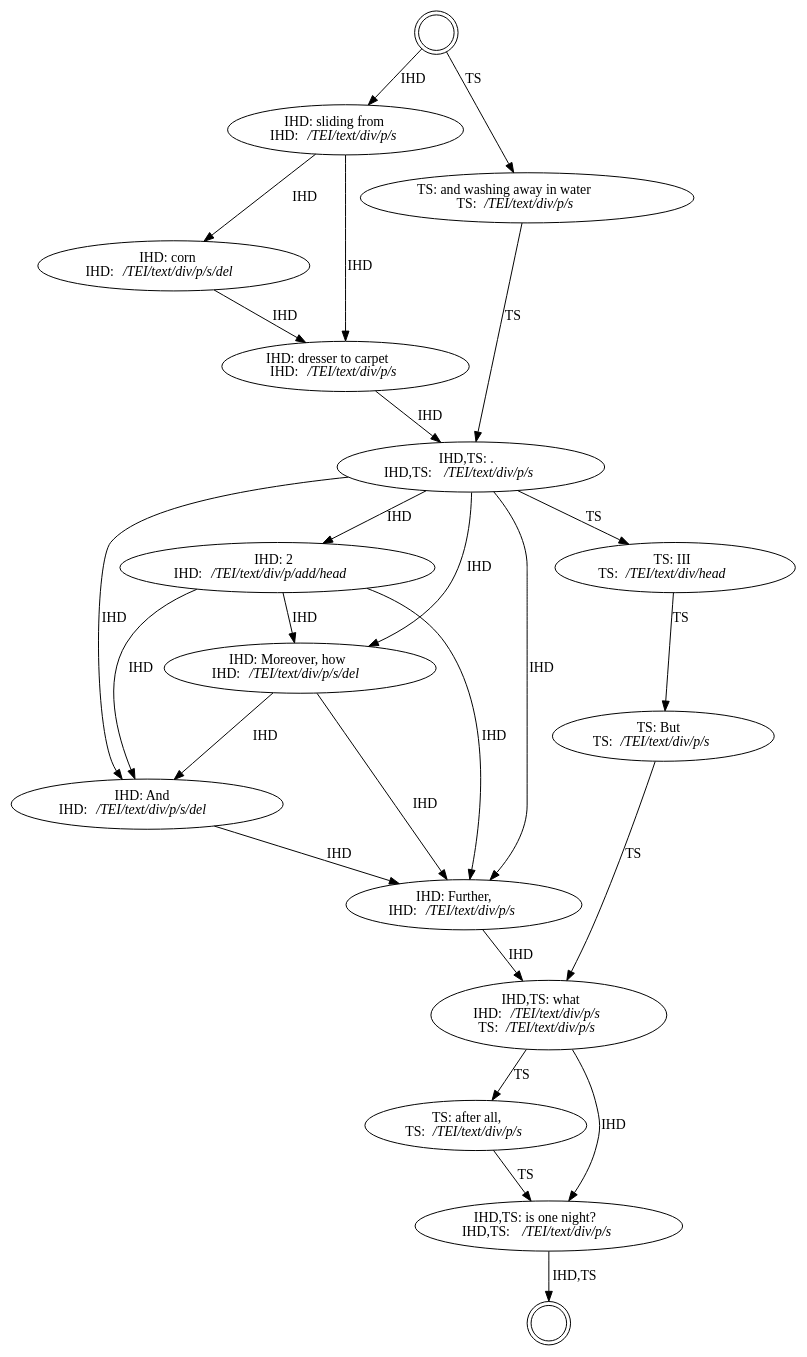
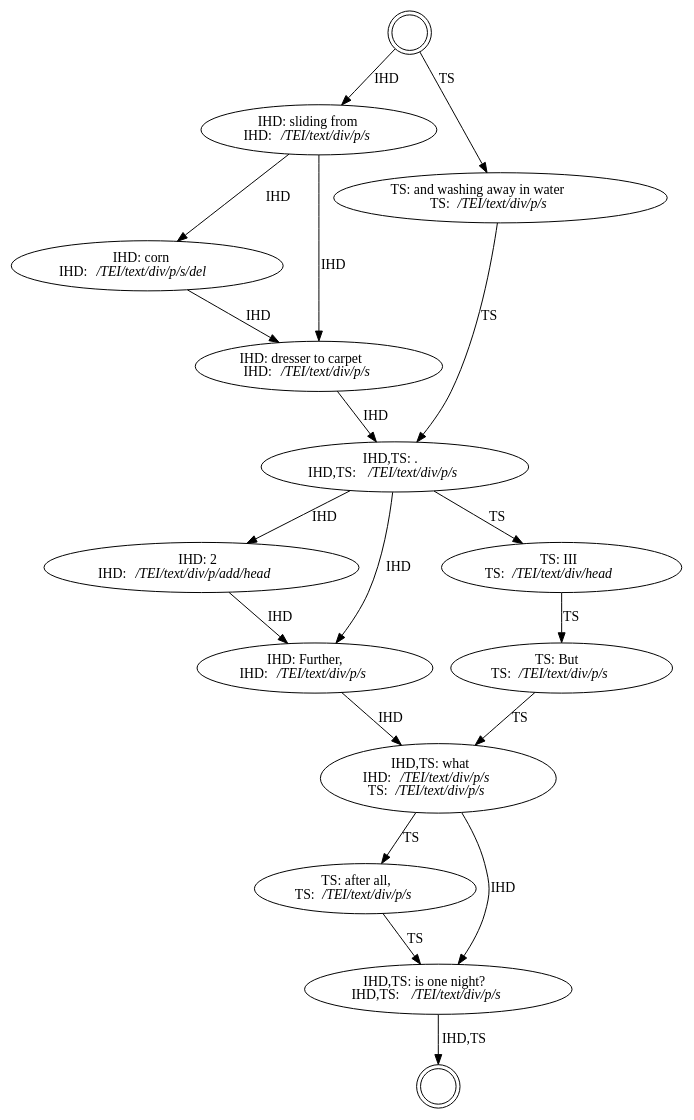
The diagram in doc/nla-433/2-corrected/variation-in-structure-2.dot (HuygensING/hyper-collate), drawn with Graphviz before and after one commit. The commit also changed 5 other files, not shown here.

```diff
--- a/doc/nla-433/2-corrected/variation-in-structure-2.dot
+++ b/doc/nla-433/2-corrected/variation-in-structure-2.dot
@@ -1,95 +1,72 @@
 digraph CollationGraph{
   labelloc=b
 
   t000 [label="";shape=doublecircle,rank=middle]
   t002 [label=<IHD: sliding&nbsp;from<br/>IHD: <i>/TEI/text/div/p/s</i>>]
   t008 [label=<IHD: corn<br/>IHD: <i>/TEI/text/div/p/s/del</i>>]
   t009 [label=<IHD: dresser&nbsp;to&nbsp;carpet<br/>IHD: <i>/TEI/text/div/p/s</i>>]
   t012 [label=<TS: and&nbsp;washing&nbsp;away&nbsp;in&nbsp;water<br/>TS: <i>/TEI/text/div/p/s</i>>]
   t010 [label=<IHD,TS: .<br/>IHD,TS: <i>/TEI/text/div/p/s</i>>]
   t011 [label=<IHD: 2<br/>IHD: <i>/TEI/text/div/p/add/head</i>>]
   t013 [label=<TS: III<br/>TS: <i>/TEI/text/div/head</i>>]
-  t003 [label=<IHD: Moreover, how<br/>IHD: <i>/TEI/text/div/p/s/del</i>>]
-  t005 [label=<IHD: And<br/>IHD: <i>/TEI/text/div/p/s/del</i>>]
   t006 [label=<IHD: Further,<br/>IHD: <i>/TEI/text/div/p/s</i>>]
   t014 [label=<TS: But<br/>TS: <i>/TEI/text/div/p/s</i>>]
   t015 [label=<IHD,TS: what<br/>IHD: <i>/TEI/text/div/p/s</i><br/>TS: <i>/TEI/text/div/p/s</i>>]
   t016 [label=<TS: after&nbsp;all,<br/>TS: <i>/TEI/text/div/p/s</i>>]
   t007 [label=<IHD,TS: is&nbsp;one&nbsp;night?<br/>IHD,TS: <i>/TEI/text/div/p/s</i>>]
   t001 [label="";shape=doublecircle,rank=middle]
 
   # () -> (sliding from)
   t000 -> t002[label="IHD"]
 
   # (sliding from) -> (corn)
   t002 -> t008[label="IHD"]
 
   # (corn) -> (dresser to carpet)
   t008 -> t009[label="IHD"]
 
   # (sliding from) -> (dresser to carpet)
   t002 -> t009[label="IHD"]
 
   # (dresser to carpet) -> (.)
   t009 -> t010[label="IHD"]
 
   # (.) -> (2)
   t010 -> t011[label="IHD"]
 
-  # (2) -> (moreover, how)
-  t011 -> t003[label="IHD"]
-
-  # (2) -> (and)
-  t011 -> t005[label="IHD"]
-
   # (2) -> (further,)
   t011 -> t006[label="IHD"]
-
-  # (.) -> (moreover, how)
-  t010 -> t003[label="IHD"]
-
-  # (moreover, how) -> (and)
-  t003 -> t005[label="IHD"]
-
-  # (moreover, how) -> (further,)
-  t003 -> t006[label="IHD"]
-
-  # (.) -> (and)
-  t010 -> t005[label="IHD"]
-
-  # (and) -> (further,)
-  t005 -> t006[label="IHD"]
 
   # (.) -> (further,)
   t010 -> t006[label="IHD"]
 
   # (further,) -> (what)
   t006  -> t015[label="IHD"]
 
   # (what) -> (is one night?)
   t015->t007[label="IHD"]
 
   # () -> (and washing away in water)
   t000 -> t012[label="TS"]
 
   # (and washing away in water) -> (.)
   t012 -> t010[label="TS"]
 
   # (.) -> (III)
   t010 -> t013[label="TS"]
 
   # (III) -> (but)
   t013 -> t014[label="TS"]
 
   # (but) -> (what)
   t014 -> t015[label="TS"]
 
   # (what) -> (after all,)
   t015  -> t016[label="TS"]
 
   # (after all,) -> (is one night?)
   t016 -> t007[label="TS"]
 
   # (is one night) -> ()
   t007 -> t001[label="IHD,TS"]
 }
```
